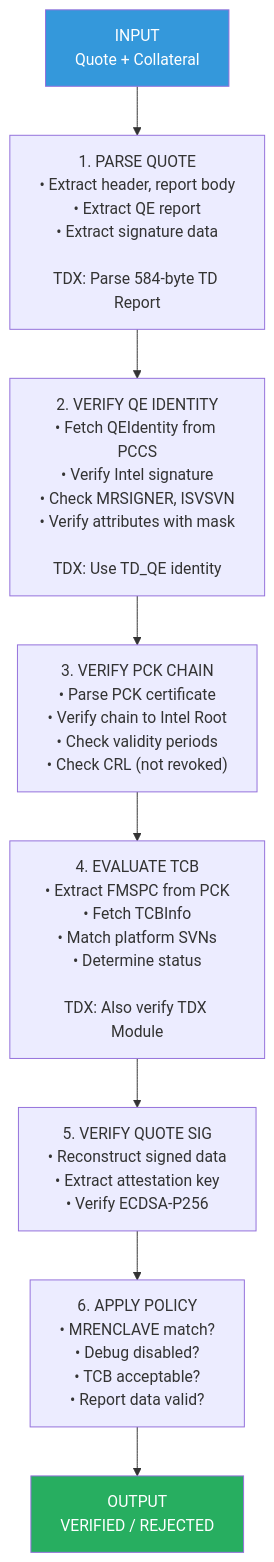
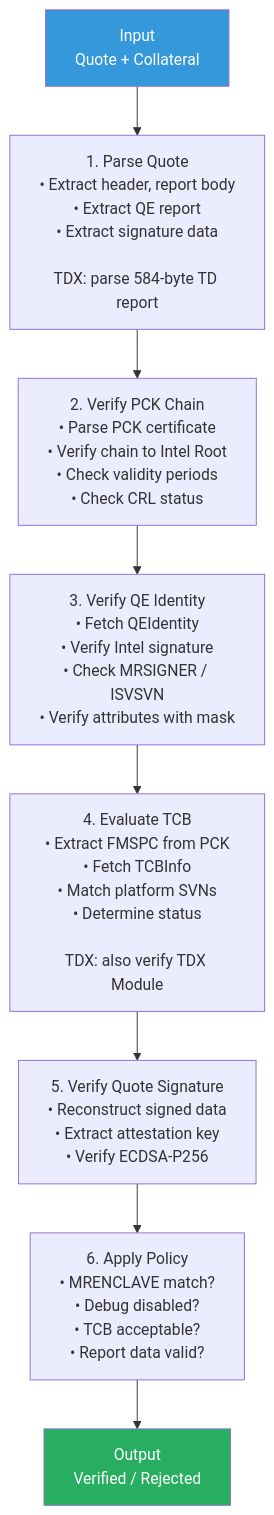
Before and after one commit to V-k-h/roots-of-trust: the seventh of 8 diagrams in posts/03-intel-dcap-certificate-hierarchy.md, drawn with Mermaid. The commit also changed other lines of this file, not shown here.

Commit message:
Enhance clarity and links in DCAP certificate hierarchy post

````diff
--- a/posts/03-intel-dcap-certificate-hierarchy.md
+++ b/posts/03-intel-dcap-certificate-hierarchy.md
@@ -461,29 +474,29 @@
 ```mermaid
 flowchart TD
-    Input["INPUT\nQuote + Collateral"]
+    Input["Input<br>Quote + Collateral"]
     
-    Step1["1. PARSE QUOTE\n• Extract header, report body\n• Extract QE report\n• Extract signature data\n\nTDX: Parse 584-byte TD Report"]
+    Step1["1. Parse Quote<br>• Extract header, report body<br>• Extract QE report<br>• Extract signature data<br><br>TDX: parse 584-byte TD report"]
     
-    Step2["2. VERIFY QE IDENTITY\n• Fetch QEIdentity from PCCS\n• Verify Intel signature\n• Check MRSIGNER, ISVSVN\n• Verify attributes with mask\n\nTDX: Use TD_QE identity"]
+    Step2["2. Verify PCK Chain<br>• Parse PCK certificate<br>• Verify chain to Intel Root<br>• Check validity periods<br>• Check CRL status"]
     
-    Step3["3. VERIFY PCK CHAIN\n• Parse PCK certificate\n• Verify chain to Intel Root\n• Check validity periods\n• Check CRL (not revoked)"]
+    Step3["3. Verify QE Identity<br>• Fetch QEIdentity<br>• Verify Intel signature<br>• Check MRSIGNER / ISVSVN<br>• Verify attributes with mask"]
     
-    Step4["4. EVALUATE TCB\n• Extract FMSPC from PCK\n• Fetch TCBInfo\n• Match platform SVNs\n• Determine status\n\nTDX: Also verify TDX Module"]
+    Step4["4. Evaluate TCB<br>• Extract FMSPC from PCK<br>• Fetch TCBInfo<br>• Match platform SVNs<br>• Determine status<br><br>TDX: also verify TDX Module"]
     
-    Step5["5. VERIFY QUOTE SIG\n• Reconstruct signed data\n• Extract attestation key\n• Verify ECDSA-P256"]
+    Step5["5. Verify Quote Signature<br>• Reconstruct signed data<br>• Extract attestation key<br>• Verify ECDSA-P256"]
     
-    Step6["6. APPLY POLICY\n• MRENCLAVE match?\n• Debug disabled?\n• TCB acceptable?\n• Report data valid?"]
+    Step6["6. Apply Policy<br>• MRENCLAVE match?<br>• Debug disabled?<br>• TCB acceptable?<br>• Report data valid?"]
     
-    Output["OUTPUT\nVERIFIED / REJECTED"]
+    Output["Output<br>Verified / Rejected"]
     
     Input --> Step1
     Step1 --> Step2
     Step2 --> Step3
     Step3 --> Step4
     Step4 --> Step5
     Step5 --> Step6
     Step6 --> Output
     
     style Input fill:#3498db,color:#fff
     style Output fill:#27ae60,color:#fff
 ```
````
